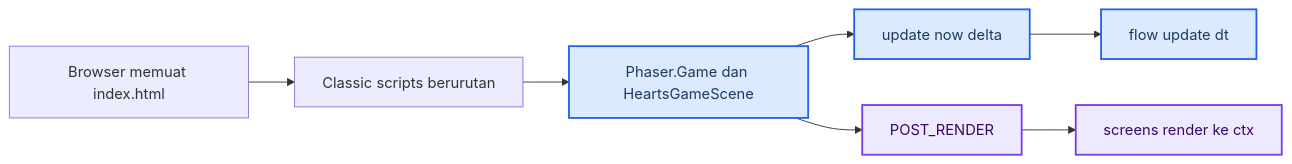
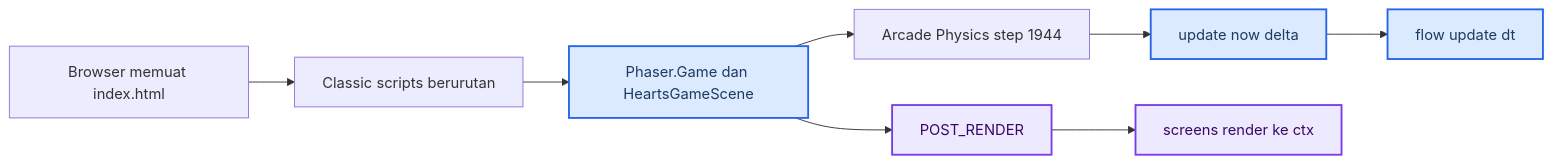
Before and after one commit to will702/hearts-across-time: the first of 5 diagrams in docs/ARCHITECTURE.md, drawn with Mermaid. The commit also changed other lines of this file and 21 other files, not shown here.

````diff
--- a/docs/ARCHITECTURE.md
+++ b/docs/ARCHITECTURE.md
@@ -11,17 +11,18 @@
 ```mermaid
 flowchart LR
     accTitle: Runtime Phaser dan Canvas
     accDescr: Browser memuat global classic-script, Phaser memanggil update gameplay setiap frame, lalu renderer Canvas menggambar pada event POST_RENDER.
 
     browser[Browser memuat index.html] --> scripts[Classic scripts berurutan]
     scripts --> phaser[Phaser.Game dan HeartsGameScene]
-    phaser --> frame_update[update now delta]
+    phaser --> arcade[Arcade Physics step 1944]
+    arcade --> frame_update[update now delta]
     frame_update --> game_update[flow update dt]
     phaser --> post_render[POST_RENDER]
     post_render --> canvas_render[screens render ke ctx]
 
     classDef runtime fill:#dbeafe,stroke:#2563eb,stroke-width:2px,color:#1e3a5f
     classDef render fill:#ede9fe,stroke:#7c3aed,stroke-width:2px,color:#3b0764
     class phaser,frame_update,game_update runtime
     class post_render,canvas_render render
 ```
````
